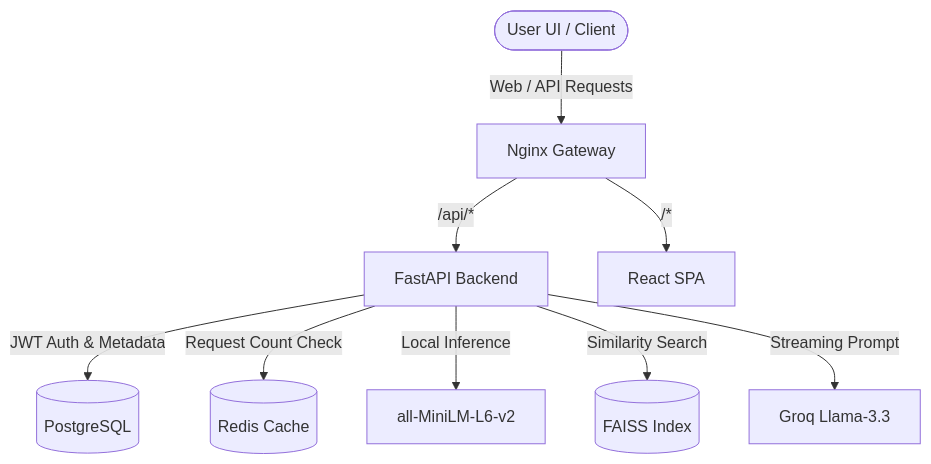
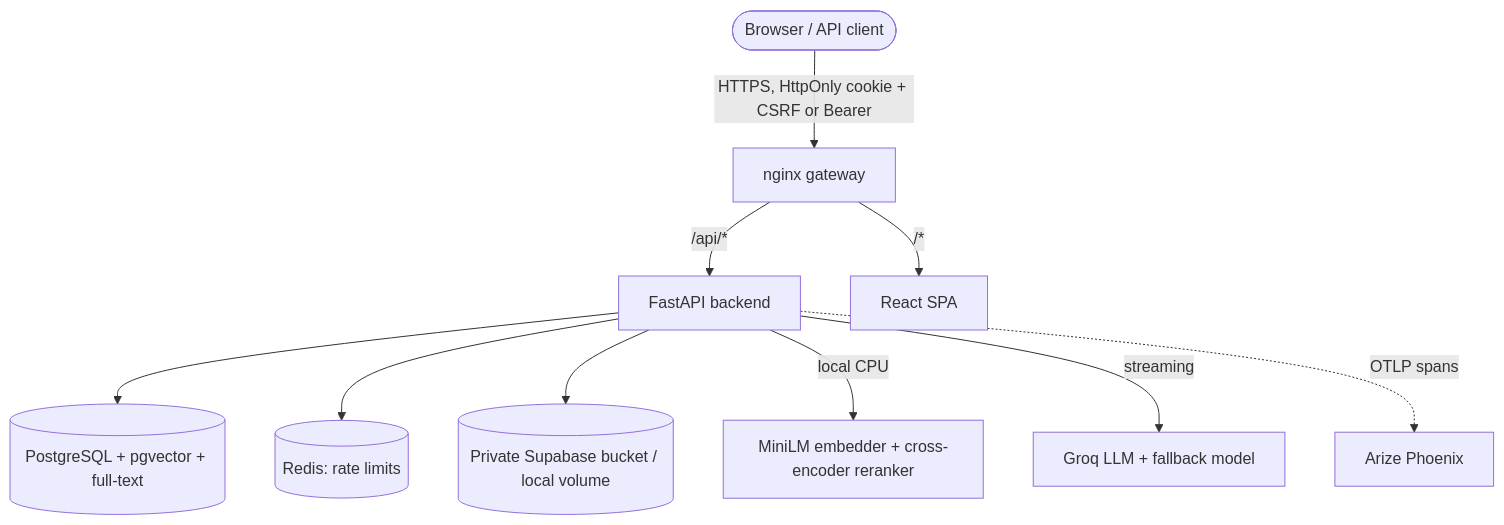
The diagram in docs/architecture.md (HASHMATHALI/vellum-rag), drawn with Mermaid before and after one commit. The commit also changed other lines of this file and 162 other files, not shown here.

````diff
--- a/docs/architecture.md
+++ b/docs/architecture.md
@@ -5,14 +3,12 @@
 ```mermaid
 graph TD
-    User([User UI / Client]) -->|Web / API Requests| Gateway[Nginx Gateway]
-    Gateway -->|/api/*| Backend[FastAPI Backend]
+    User([Browser / API client]) -->|HTTPS, HttpOnly cookie + CSRF or Bearer| Gateway[nginx gateway]
+    Gateway -->|/api/*| Backend[FastAPI backend]
     Gateway -->|/*| Frontend[React SPA]
-    
-    Backend -->|JWT Auth & Metadata| DB[(PostgreSQL)]
-    Backend -->|Request Count Check| RedisCache[(Redis Cache)]
-    
-    Backend -->|Local Inference| Embedder[all-MiniLM-L6-v2]
-    Backend -->|Similarity Search| FAISS[(FAISS Index)]
-    
-    Backend -->|Streaming Prompt| Groq[Groq Llama-3.3]
+    Backend --> DB[(PostgreSQL + pgvector + full-text)]
+    Backend --> Redis[(Redis: rate limits)]
+    Backend --> Storage[(Private Supabase bucket / local volume)]
+    Backend -->|local CPU| Models[MiniLM embedder + cross-encoder reranker]
+    Backend -->|streaming| Groq[Groq LLM + fallback model]
+    Backend -.->|OTLP spans| Phoenix[Arize Phoenix]
 ```
````
